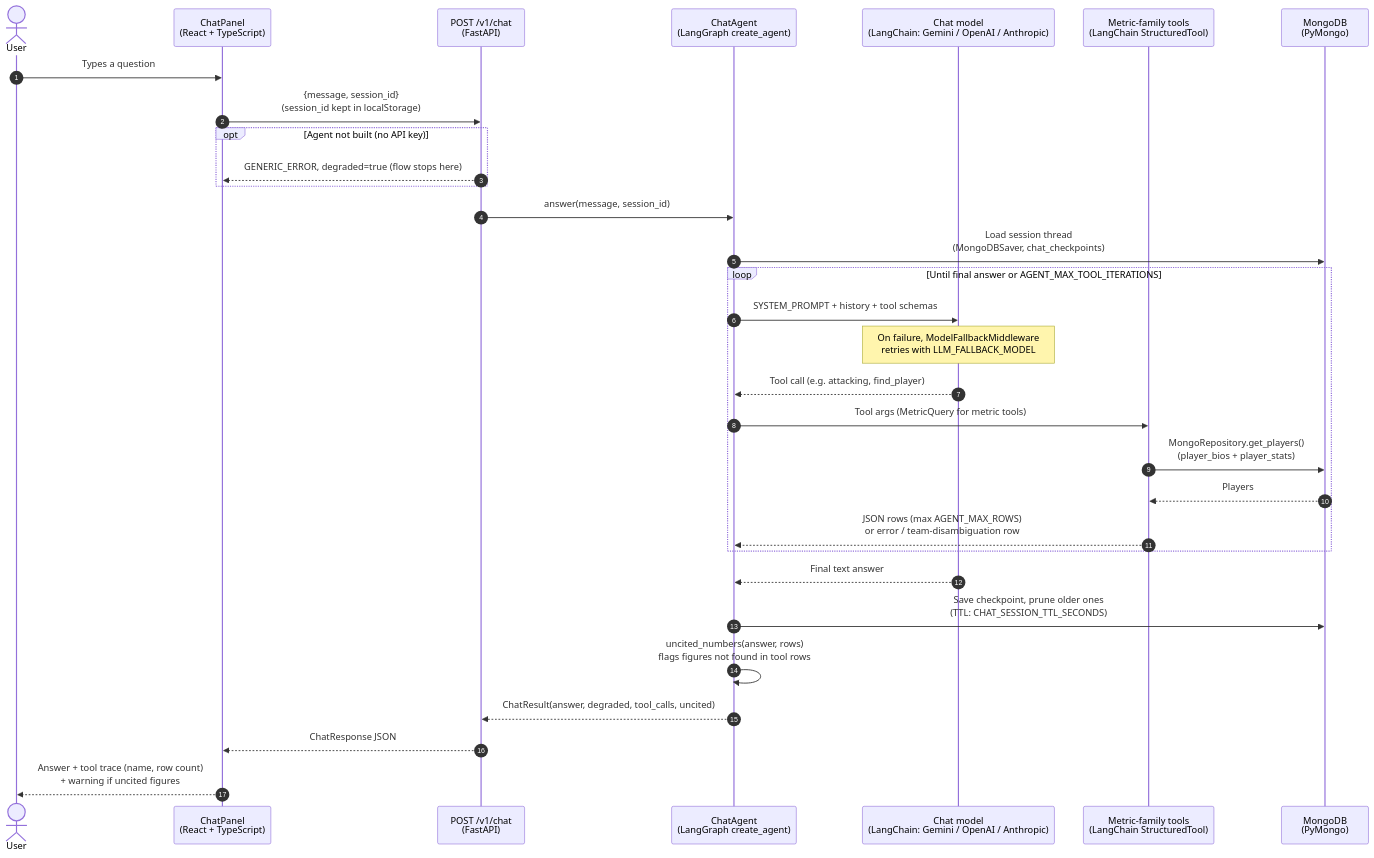
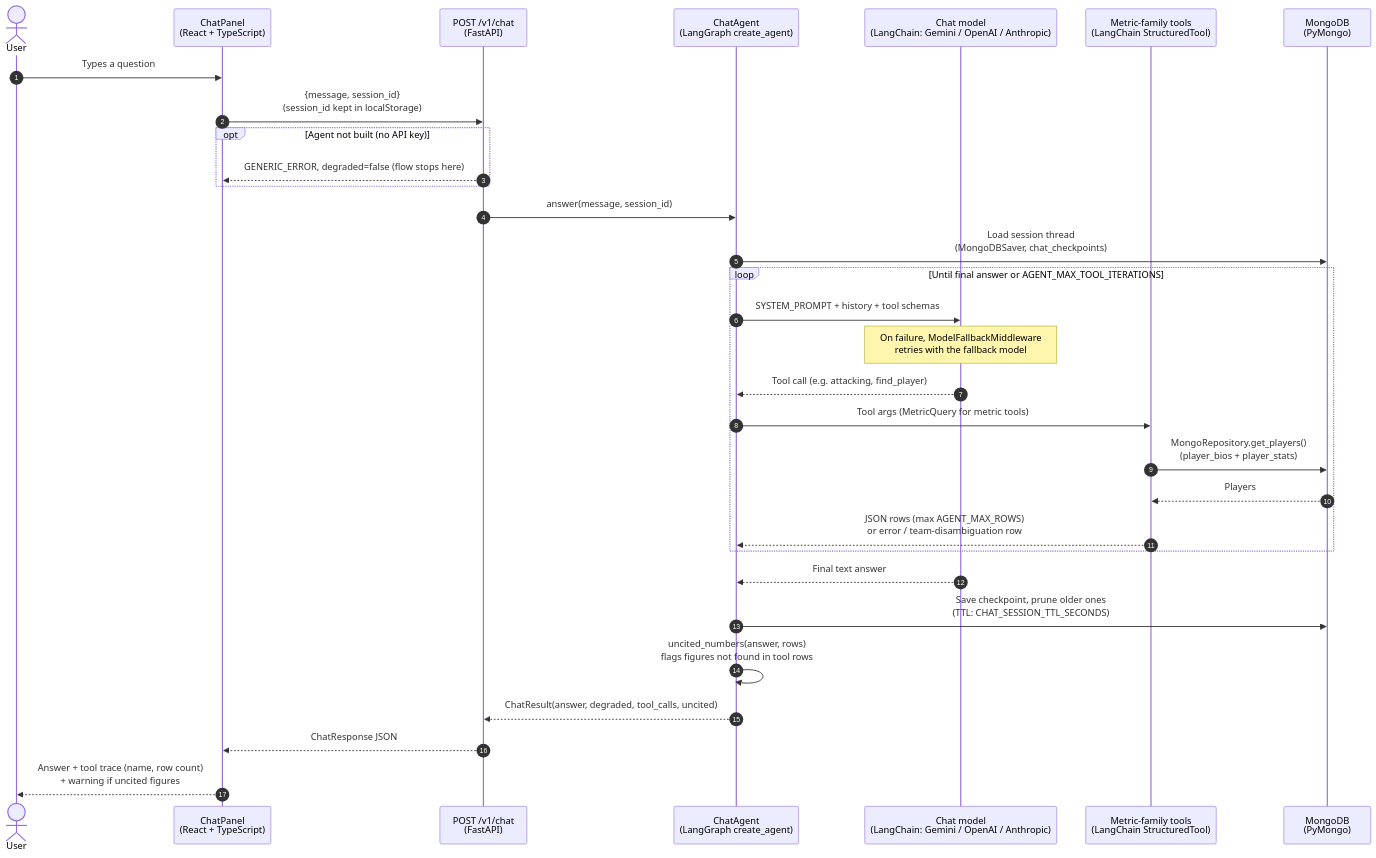
Before and after one commit to YonatanHen/Football-Analytics: the diagram in backend/app/agent/README.md, drawn with Mermaid. The commit also changed other lines of this file and 11 other files, not shown here.

````diff
--- a/backend/app/agent/README.md
+++ b/backend/app/agent/README.md
@@ -7,34 +7,34 @@
 ```mermaid
 sequenceDiagram
     autonumber
     actor User
     participant UI as ChatPanel<br/>(React + TypeScript)
     participant API as POST /v1/chat<br/>(FastAPI)
     participant Agent as ChatAgent<br/>(LangGraph create_agent)
     participant LLM as Chat model<br/>(LangChain: Gemini / OpenAI / Anthropic)
     participant Tools as Metric-family tools<br/>(LangChain StructuredTool)
     participant DB as MongoDB<br/>(PyMongo)
 
     User->>UI: Types a question
     UI->>API: {message, session_id}<br/>(session_id kept in localStorage)
     opt Agent not built (no API key)
-        API-->>UI: GENERIC_ERROR, degraded=true (flow stops here)
+        API-->>UI: GENERIC_ERROR, degraded=false (flow stops here)
     end
     API->>Agent: answer(message, session_id)
     Agent->>DB: Load session thread<br/>(MongoDBSaver, chat_checkpoints)
     loop Until final answer or AGENT_MAX_TOOL_ITERATIONS
         Agent->>LLM: SYSTEM_PROMPT + history + tool schemas
-        Note over LLM: On failure, ModelFallbackMiddleware<br/>retries with LLM_FALLBACK_MODEL
+        Note over LLM: On failure, ModelFallbackMiddleware<br/>retries with the fallback model
         LLM-->>Agent: Tool call (e.g. attacking, find_player)
         Agent->>Tools: Tool args (MetricQuery for metric tools)
         Tools->>DB: MongoRepository.get_players()<br/>(player_bios + player_stats)
         DB-->>Tools: Players
         Tools-->>Agent: JSON rows (max AGENT_MAX_ROWS)<br/>or error / team-disambiguation row
     end
     LLM-->>Agent: Final text answer
     Agent->>DB: Save checkpoint, prune older ones<br/>(TTL: CHAT_SESSION_TTL_SECONDS)
     Agent->>Agent: uncited_numbers(answer, rows)<br/>flags figures not found in tool rows
     Agent-->>API: ChatResult(answer, degraded, tool_calls, uncited)
     API-->>UI: ChatResponse JSON
     UI-->>User: Answer + tool trace (name, row count)<br/>+ warning if uncited figures
 ```
````
